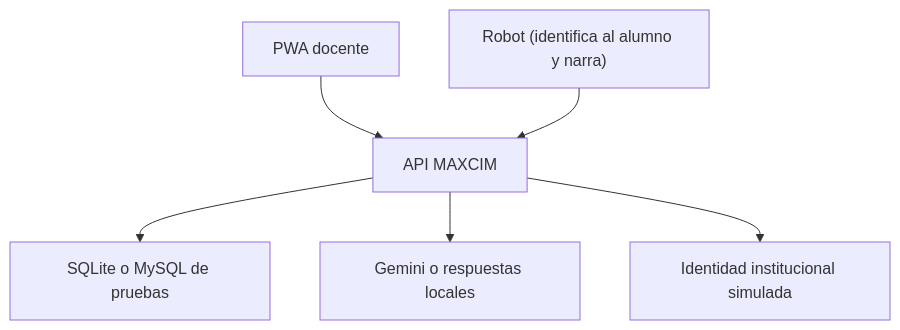
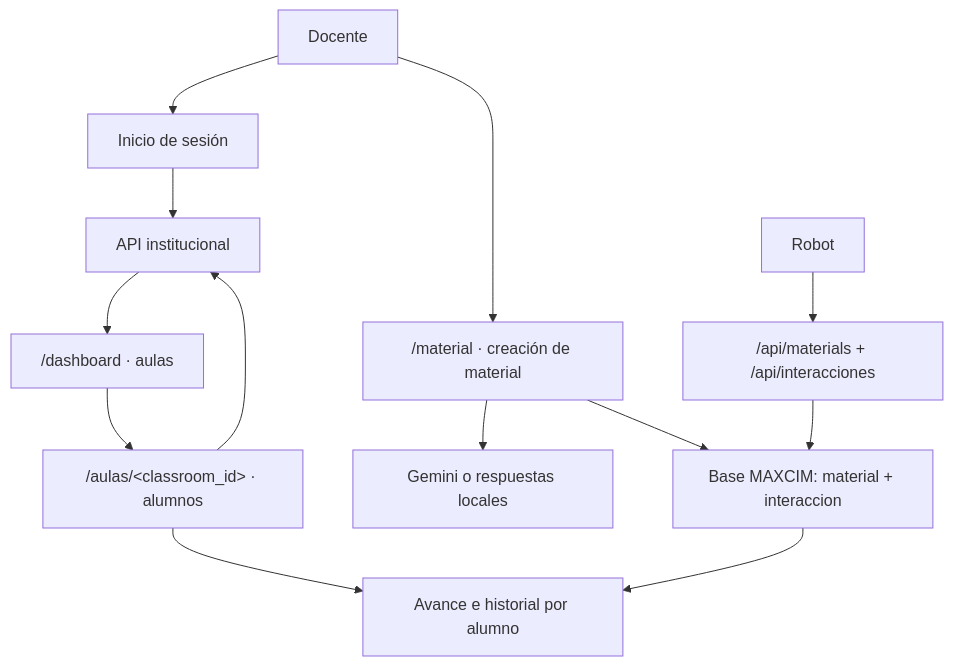
One commit to arodasr-cima/maxcim_app changed the diagram in README.md. Above: the diagram before and after it, drawn with Mermaid. The commit also changed other lines of this file and 3 other files, not shown here.

First line of the commit message:
docs: document the current flow, contract and schema migration

````diff
--- a/README.md
+++ b/README.md
@@ -20,8 +21,15 @@
 ```mermaid
 flowchart TD
-    PWA["PWA docente"] --> API["API MAXCIM"]
-    ROBOT["Robot (identifica al alumno y narra)"] --> API
-    API --> DB["SQLite o MySQL de pruebas"]
-    API --> AI["Gemini o respuestas locales"]
-    API --> INST["Identidad institucional simulada"]
+    DOCENTE["Docente"] --> LOGIN["Inicio de sesión"]
+    LOGIN --> INST["API institucional"]
+    INST --> DASH["/dashboard · aulas"]
+    DASH --> AULA["/aulas/&lt;classroom_id&gt; · alumnos"]
+    AULA --> INST
+    DOCENTE --> MATERIAL["/material · creación de material"]
+    MATERIAL --> AI["Gemini o respuestas locales"]
+    MATERIAL --> DB["Base MAXCIM: material + interaccion"]
+    ROBOT["Robot"] --> ROBOTAPI["/api/materials + /api/interacciones"]
+    ROBOTAPI --> DB
+    AULA --> PROGRESO["Avance e historial por alumno"]
+    DB --> PROGRESO
 ```
````
